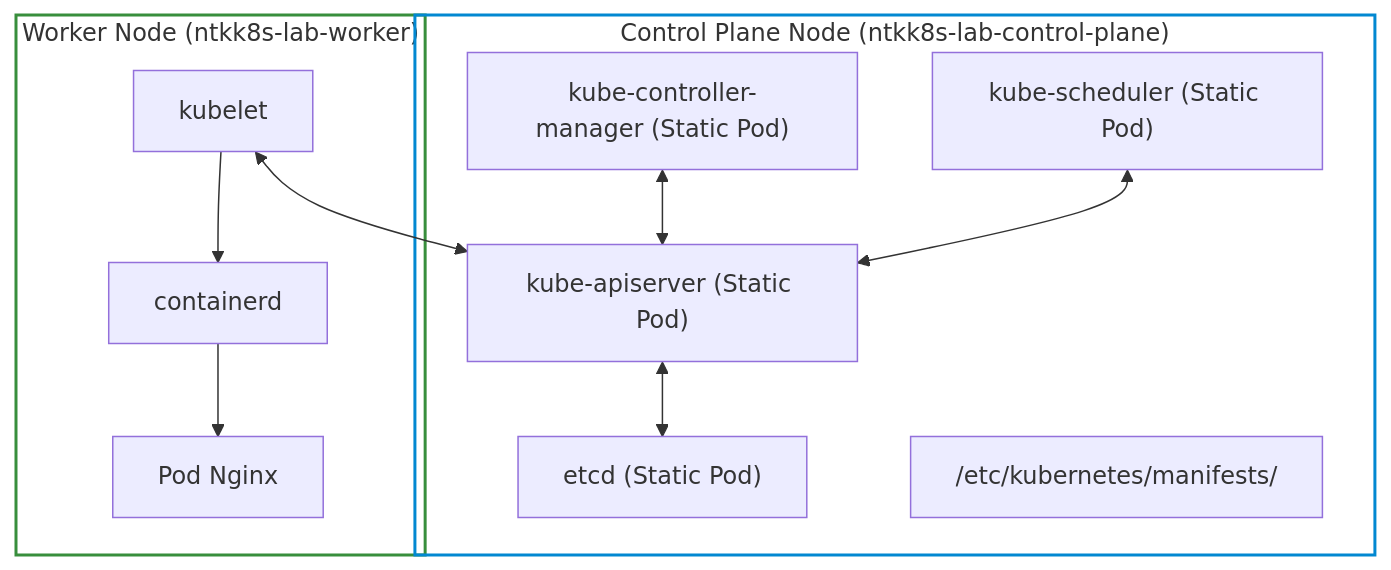
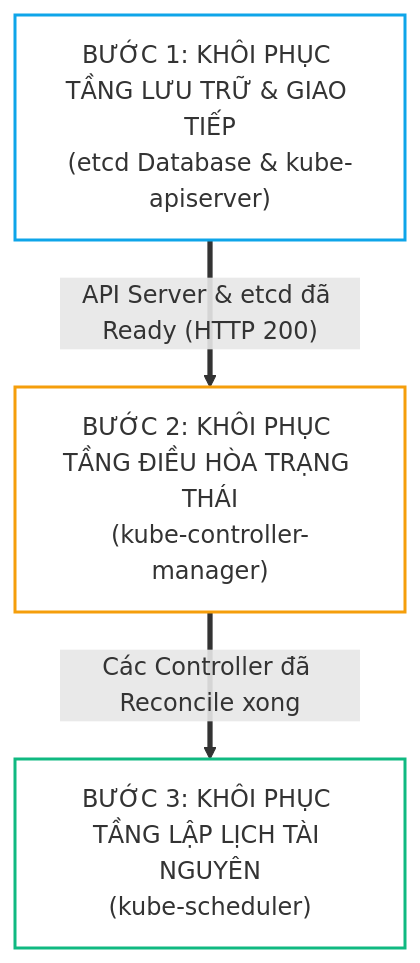
One commit to kiennt308/ntk changed the third of 5 diagrams in _posts/2026-09-12-cka-02-02-kien-truc-cum-va-duong-di-cua-mot-lenh.md. Above: the diagram before and after it, drawn with Mermaid. The commit also changed other lines of this file and 161 other files, not shown here.

````diff
--- a/_posts/2026-09-12-cka-02-02-kien-truc-cum-va-duong-di-cua-mot-lenh.md
+++ b/_posts/2026-09-12-cka-02-02-kien-truc-cum-va-duong-di-cua-mot-lenh.md
@@ -605,25 +190,13 @@
 ```mermaid
 graph TD
-    subgraph Control_Plane_Node ["Control Plane Node (ntkk8s-lab-control-plane)"]
-        APIS["kube-apiserver (Static Pod)"]
-        ETCD["etcd (Static Pod)"]
-        KCM["kube-controller-manager (Static Pod)"]
-        SCHED["kube-scheduler (Static Pod)"]
-        MANIFESTS["/etc/kubernetes/manifests/"]
-    end
+    STEP1["BƯỚC 1: KHÔI PHỤC TẦNG LƯU TRỮ & GIAO TIẾP<br/>(etcd Database & kube-apiserver)"]
+    STEP2["BƯỚC 2: KHÔI PHỤC TẦNG ĐIỀU HÒA TRẠNG THÁI<br/>(kube-controller-manager)"]
+    STEP3["BƯỚC 3: KHÔI PHỤC TẦNG LẬP LỊCH TÀI NGUYÊN<br/>(kube-scheduler)"]
 
-    subgraph Worker_Node_1 ["Worker Node (ntkk8s-lab-worker)"]
-        KLET1["kubelet"]
-        CRI1["containerd"]
-        POD1["Pod Nginx"]
-    end
+    STEP1 ==>|"API Server & etcd đã Ready (HTTP 200)"| STEP2
+    STEP2 ==>|"Các Controller đã Reconcile xong"| STEP3
 
-    APIS <--> ETCD
-    KCM <--> APIS
-    SCHED <--> APIS
-    KLET1 <--> APIS
-    KLET1 --> CRI1 --> POD1
-
-    style Control_Plane_Node fill:none,stroke:#0288d1,stroke-width:2px
-    style Worker_Node_1 fill:none,stroke:#388e3c,stroke-width:2px
+    style STEP1 fill:none,stroke:#0ea5e9,stroke-width:2px
+    style STEP2 fill:none,stroke:#f59e0b,stroke-width:2px
+    style STEP3 fill:none,stroke:#10b981,stroke-width:2px
 ```
````
